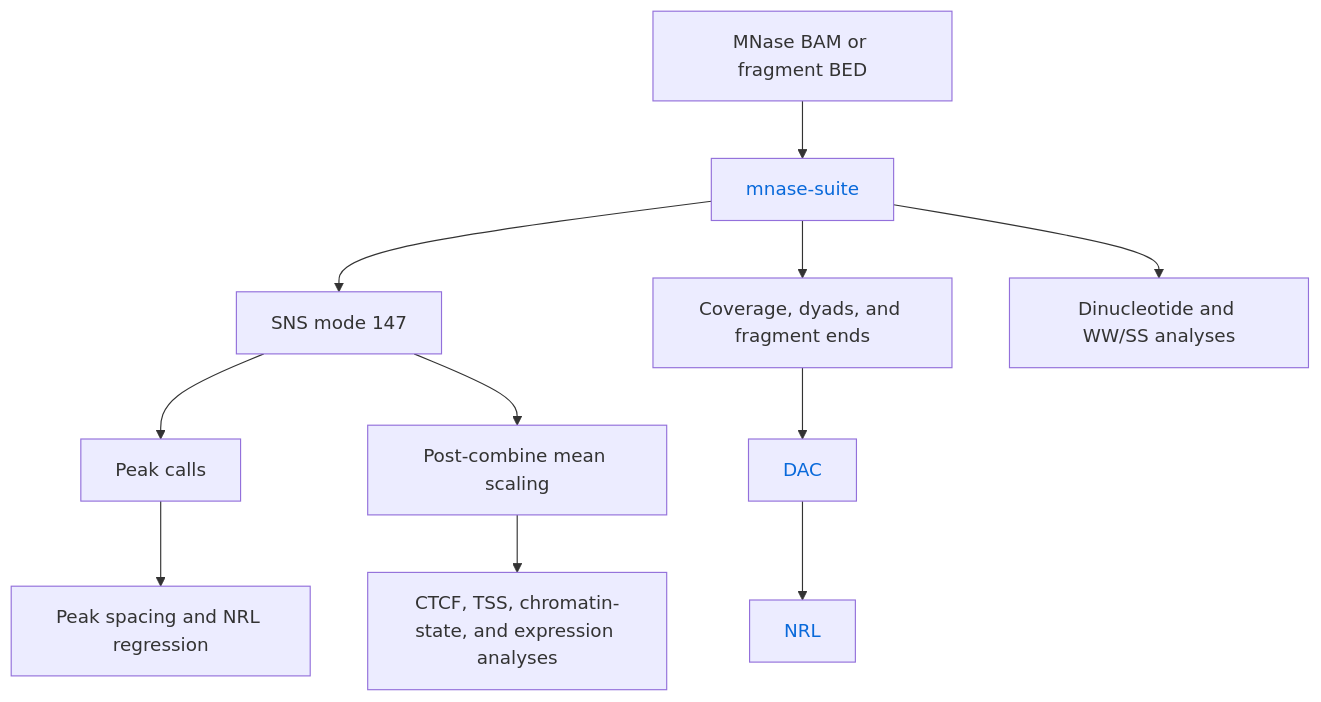
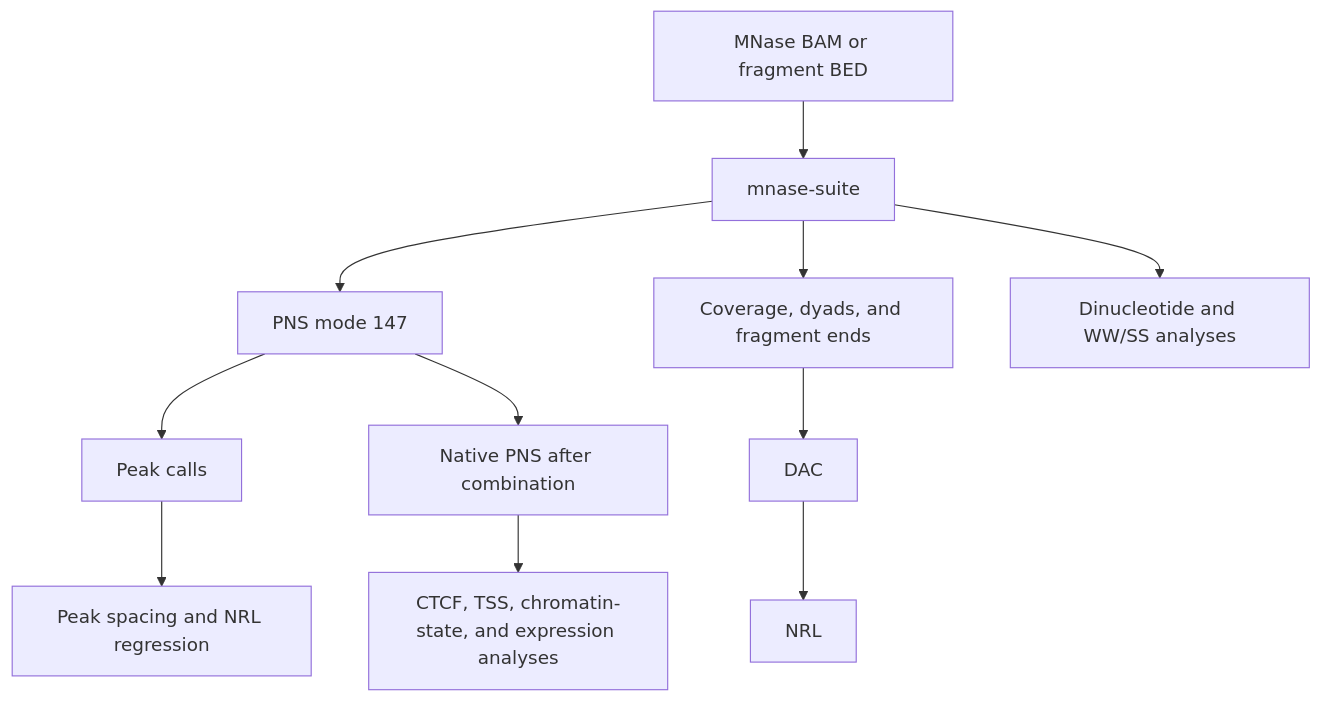
The fifth of 18 diagrams in docs/WORKFLOWS.md (adjohnston85/NucleoSuite), drawn with Mermaid before and after one commit. The commit also changed other lines of this file and 84 other files, not shown here.

````diff
--- a/docs/WORKFLOWS.md
+++ b/docs/WORKFLOWS.md
@@ -124,19 +118,13 @@
 ```mermaid
 flowchart TB
     A[MNase BAM or fragment BED] --> B[mnase-suite]
-    B --> C[SNS mode 147]
+    B --> C[PNS mode 147]
     B --> D[Coverage, dyads, and fragment ends]
     B --> E[Dinucleotide and WW/SS analyses]
     C --> F[Peak calls]
     D --> G[DAC]
     G --> N[NRL]
     F --> H[Peak spacing and NRL regression]
-    C --> S[Post-combine mean scaling]
+    C --> S[Native PNS after combination]
     S --> I[CTCF, TSS, chromatin-state, and expression analyses]
-
-    classDef commandLink color:#0969da,text-decoration:none;
-    class B,G,N commandLink;
-    click B href "https://github.com/adjohnston85/NucleoSuite/blob/main/docs/commands/mnase-suite.md" "Open mnase-suite documentation"
-    click G href "https://github.com/adjohnston85/NucleoSuite/blob/main/docs/commands/dac.md" "Open dac documentation"
-    click N href "https://github.com/adjohnston85/NucleoSuite/blob/main/docs/commands/nrl.md" "Open nrl documentation"
 ```
````
